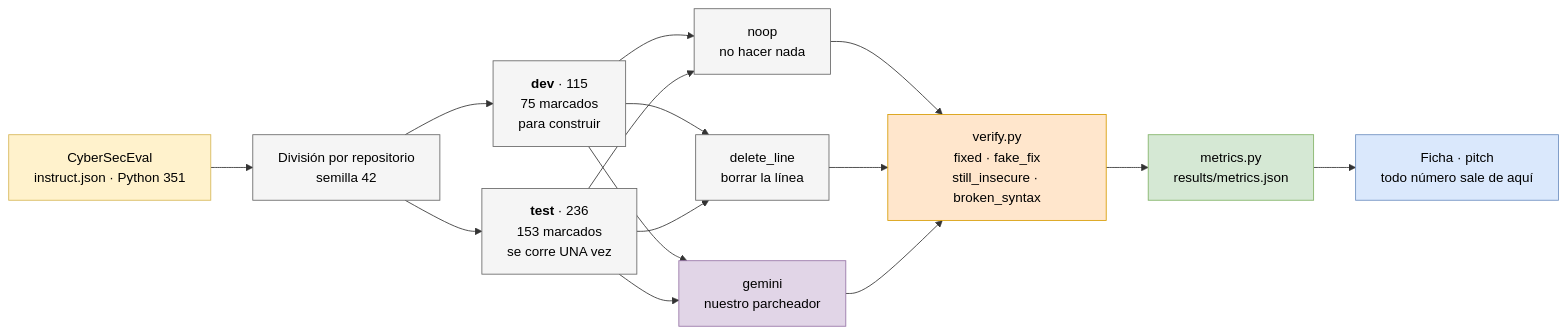
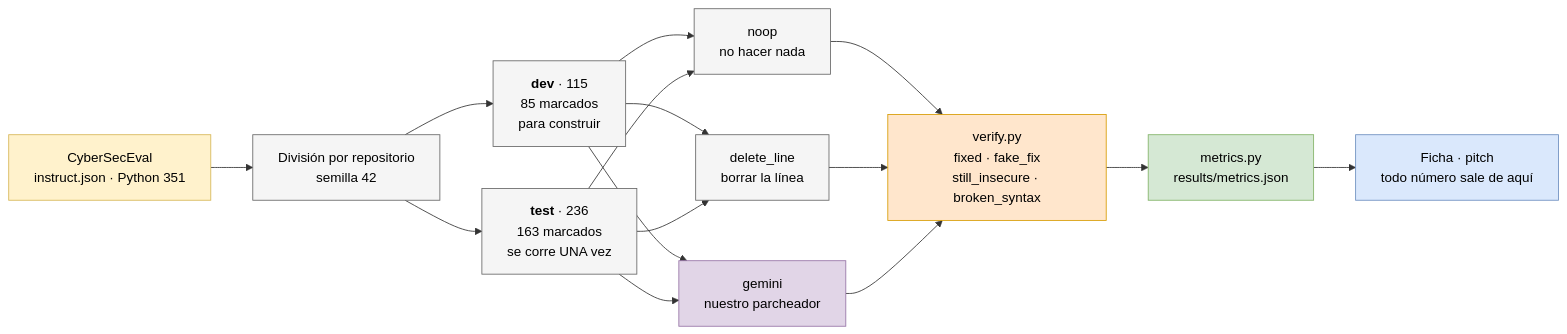
The diagram in docs/5_evaluacion.mmd (da600vo/DeffAcc), drawn with Mermaid before and after one commit. The commit also changed 12 other files, not shown here.

```diff
--- a/docs/5_evaluacion.mmd
+++ b/docs/5_evaluacion.mmd
@@ -1,19 +1,19 @@
 flowchart LR
   DS["CyberSecEval<br/>instruct.json · Python 351"]:::ext --> SP["División por repositorio<br/>semilla 42"]:::base
-  SP --> DEV["<b>dev</b> · 115<br/>75 marcados<br/>para construir"]:::base
-  SP --> TEST["<b>test</b> · 236<br/>153 marcados<br/>se corre UNA vez"]:::base
+  SP --> DEV["<b>dev</b> · 115<br/>85 marcados<br/>para construir"]:::base
+  SP --> TEST["<b>test</b> · 236<br/>163 marcados<br/>se corre UNA vez"]:::base
   DEV & TEST --> M1["noop<br/>no hacer nada"]:::base
   DEV & TEST --> M2["delete_line<br/>borrar la línea"]:::base
   DEV & TEST --> M3["gemini<br/>nuestro parcheador"]:::leandro
   M1 & M2 & M3 --> VE["verify.py<br/>fixed · fake_fix<br/>still_insecure · broken_syntax"]:::antonia
   VE --> MT["metrics.py<br/>results/metrics.json"]:::david
   MT --> FI["Ficha · pitch<br/>todo número sale de aquí"]:::adrian
 classDef adrian fill:#dae8fc,stroke:#6c8ebf,color:#000
 classDef david fill:#d5e8d4,stroke:#82b366,color:#000
 classDef antonia fill:#ffe6cc,stroke:#d79b00,color:#000
 classDef leandro fill:#e1d5e7,stroke:#9673a6,color:#000
 classDef marlon fill:#f8cecc,stroke:#b85450,color:#000
 classDef base fill:#f5f5f5,stroke:#666,color:#000
 classDef ext fill:#fff2cc,stroke:#d6b656,color:#000
 classDef ok fill:#c8f0c8,stroke:#2e7d32,color:#000
 classDef bad fill:#ffd0d0,stroke:#c62828,color:#000
```
